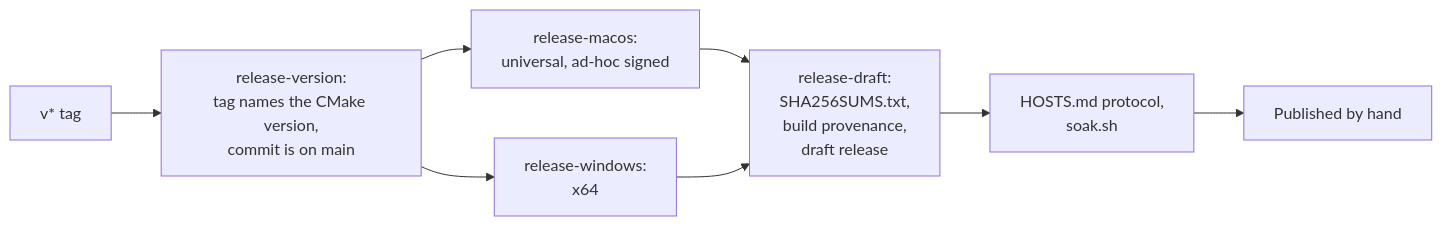
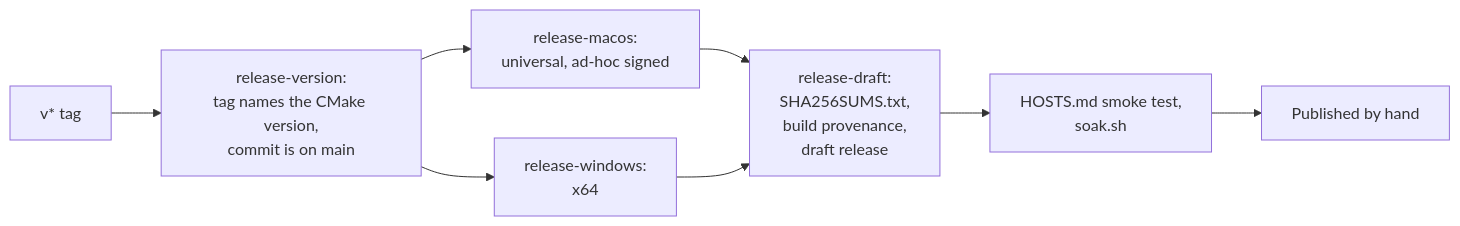
The tenth of 12 diagrams in docs/DESIGN.md (orizonaudio/Sineless), drawn with Mermaid before and after one commit. The commit also changed other lines of this file and 5 other files, not shown here.

````diff
--- a/docs/DESIGN.md
+++ b/docs/DESIGN.md
@@ -648,10 +648,10 @@
 ```mermaid
 flowchart LR
   Tag["v* tag"] --> Version["release-version:<br/>tag names the CMake version,<br/>commit is on main"]
   Version --> Mac["release-macos:<br/>universal, ad-hoc signed"]
   Version --> Win["release-windows:<br/>x64"]
   Mac --> Draft["release-draft:<br/>SHA256SUMS.txt,<br/>build provenance,<br/>draft release"]
   Win --> Draft
-  Draft --> Manual["HOSTS.md protocol,<br/>soak.sh"]
+  Draft --> Manual["HOSTS.md smoke test,<br/>soak.sh"]
   Manual --> Publish["Published by hand"]
 ```
````
